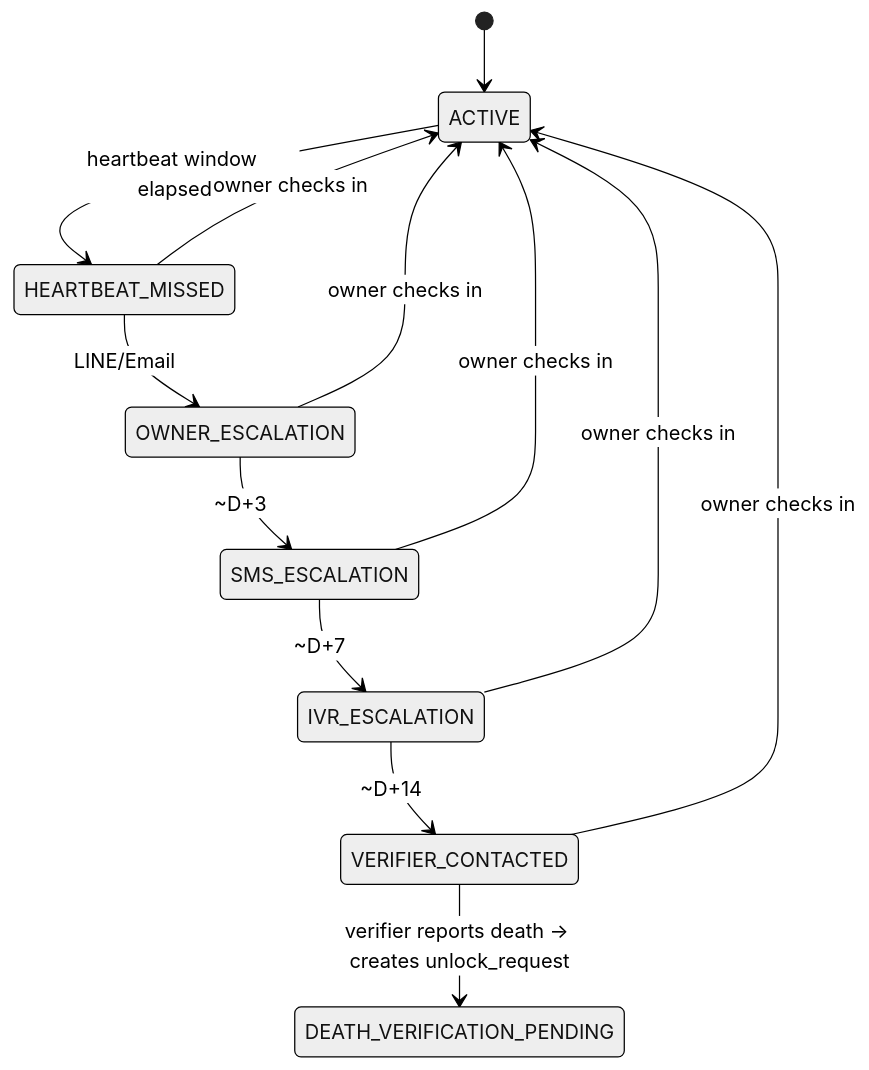
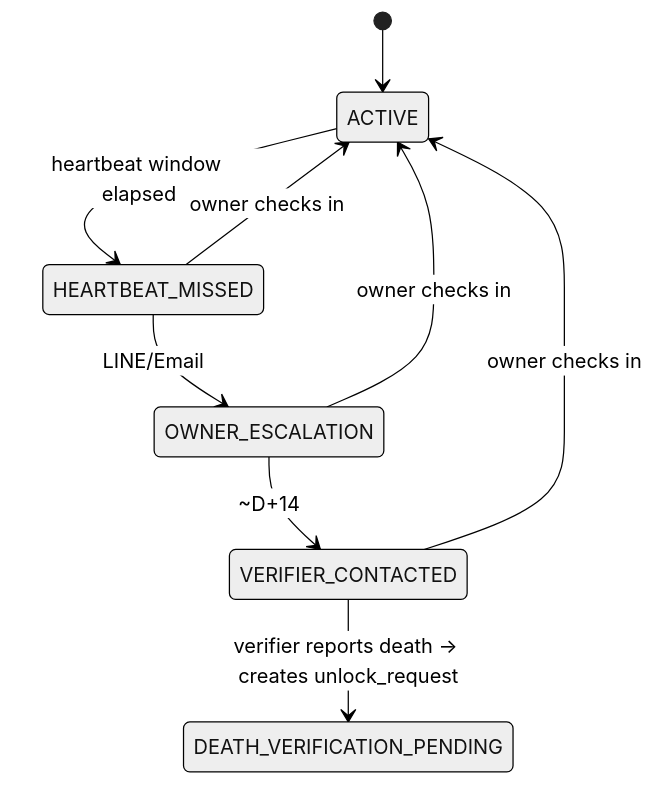
One commit to naiiytom/jadwai-app changed the first of 3 diagrams in docs/architecture/STATE-MACHINES.md. Above: the diagram before and after it, drawn with Mermaid (neutral theme). The commit also changed other lines of this file and 11 other files, not shown here.

````diff
--- a/docs/architecture/STATE-MACHINES.md
+++ b/docs/architecture/STATE-MACHINES.md
@@ -12,15 +12,11 @@
 ```mermaid
 stateDiagram-v2
   [*] --> ACTIVE
   ACTIVE --> HEARTBEAT_MISSED: heartbeat window elapsed
   HEARTBEAT_MISSED --> OWNER_ESCALATION: LINE/Email
-  OWNER_ESCALATION --> SMS_ESCALATION: ~D+3
-  SMS_ESCALATION --> IVR_ESCALATION: ~D+7
-  IVR_ESCALATION --> VERIFIER_CONTACTED: ~D+14
+  OWNER_ESCALATION --> VERIFIER_CONTACTED: ~D+14
   VERIFIER_CONTACTED --> DEATH_VERIFICATION_PENDING: verifier reports death → creates unlock_request
   HEARTBEAT_MISSED --> ACTIVE: owner checks in
   OWNER_ESCALATION --> ACTIVE: owner checks in
-  SMS_ESCALATION --> ACTIVE: owner checks in
-  IVR_ESCALATION --> ACTIVE: owner checks in
   VERIFIER_CONTACTED --> ACTIVE: owner checks in
 ```
````
